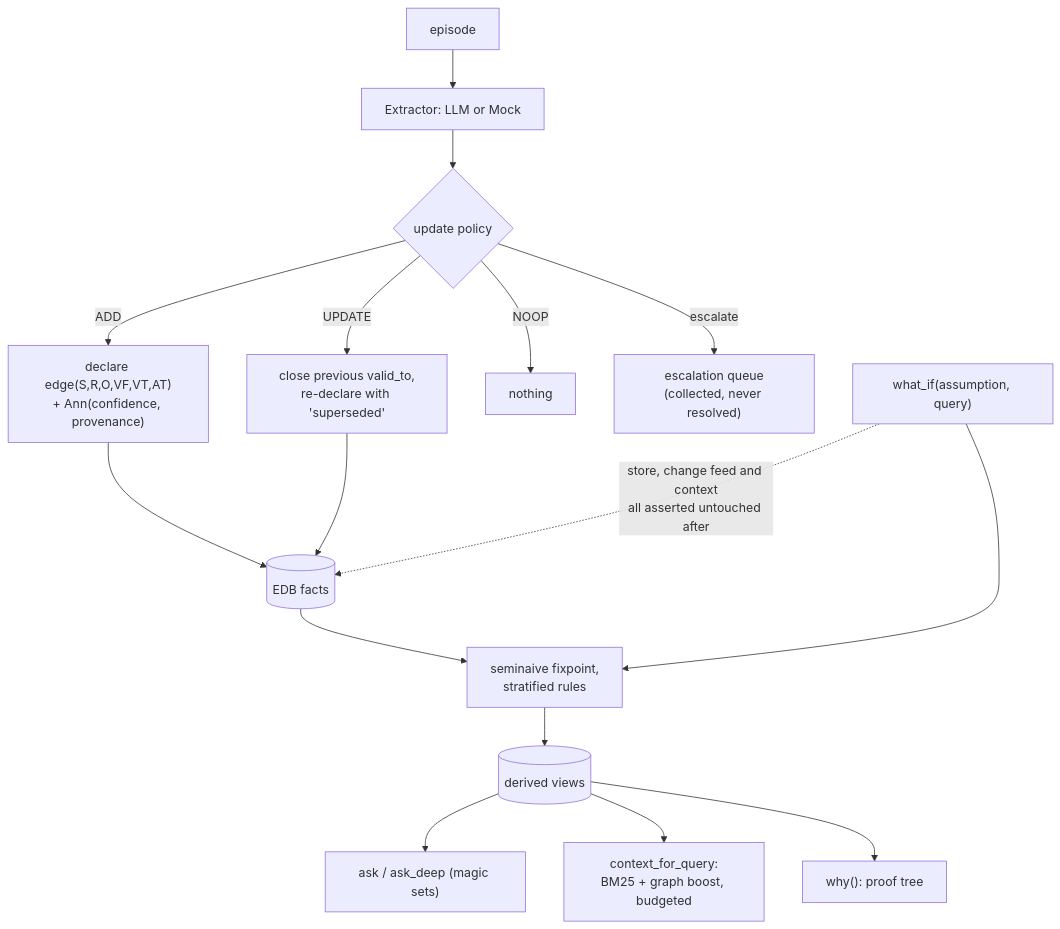
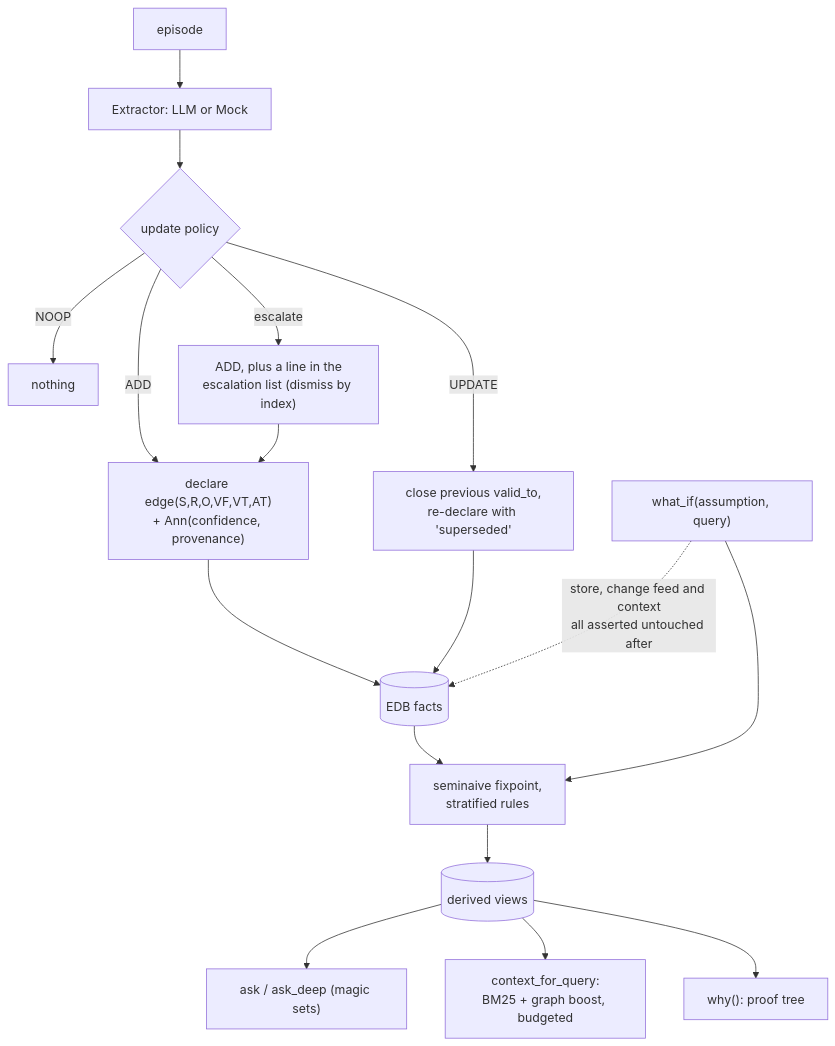
One commit to neoneye/agent-memory-atlas changed the diagram in content/systems/lemmalog.md. Above: the diagram before and after it, drawn with Mermaid. The commit also changed other lines of this file and 10 other files, not shown here.

````diff
--- a/content/systems/lemmalog.md
+++ b/content/systems/lemmalog.md
@@ -97,19 +115,20 @@
 ```mermaid
 %% caption: an assumed fact derives its closure and is then rolled back byte-identically, with the test asserting the store, the change feed and the assembled context are all untouched
 flowchart TB
     EP["episode"] --> EX["Extractor: LLM or Mock"]
     EX --> POL{"update policy"}
     POL -->|ADD| DECL["declare edge(S,R,O,VF,VT,AT)<br/>+ Ann(confidence, provenance)"]
     POL -->|UPDATE| CLOSE["close previous valid_to,<br/>re-declare with 'superseded'"]
     POL -->|NOOP| NOP["nothing"]
-    POL -->|escalate| ESC["escalation queue<br/>(collected, never resolved)"]
+    POL -->|escalate| ESC["ADD, plus a line in the<br/>escalation list (dismiss by index)"]
+    ESC --> DECL
     DECL --> EDB[("EDB facts")]
     CLOSE --> EDB
     EDB --> FIX["seminaive fixpoint,<br/>stratified rules"]
     FIX --> IDB[("derived views")]
     IDB --> ASK["ask / ask_deep (magic sets)"]
     IDB --> CTX["context_for_query:<br/>BM25 + graph boost, budgeted"]
     IDB --> WHY["why(): proof tree"]
     WI["what_if(assumption, query)"] --> FIX
     WI -.->|"store, change feed and context<br/>all asserted untouched after"| EDB
 ```
````
